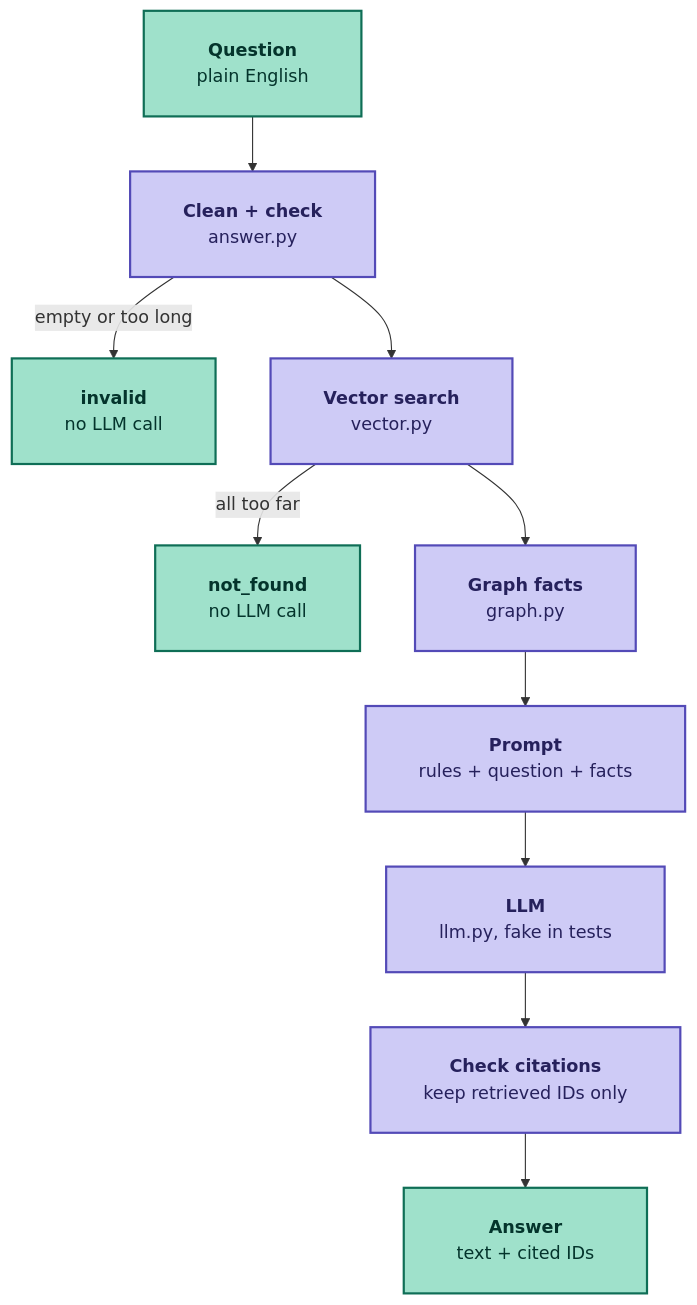
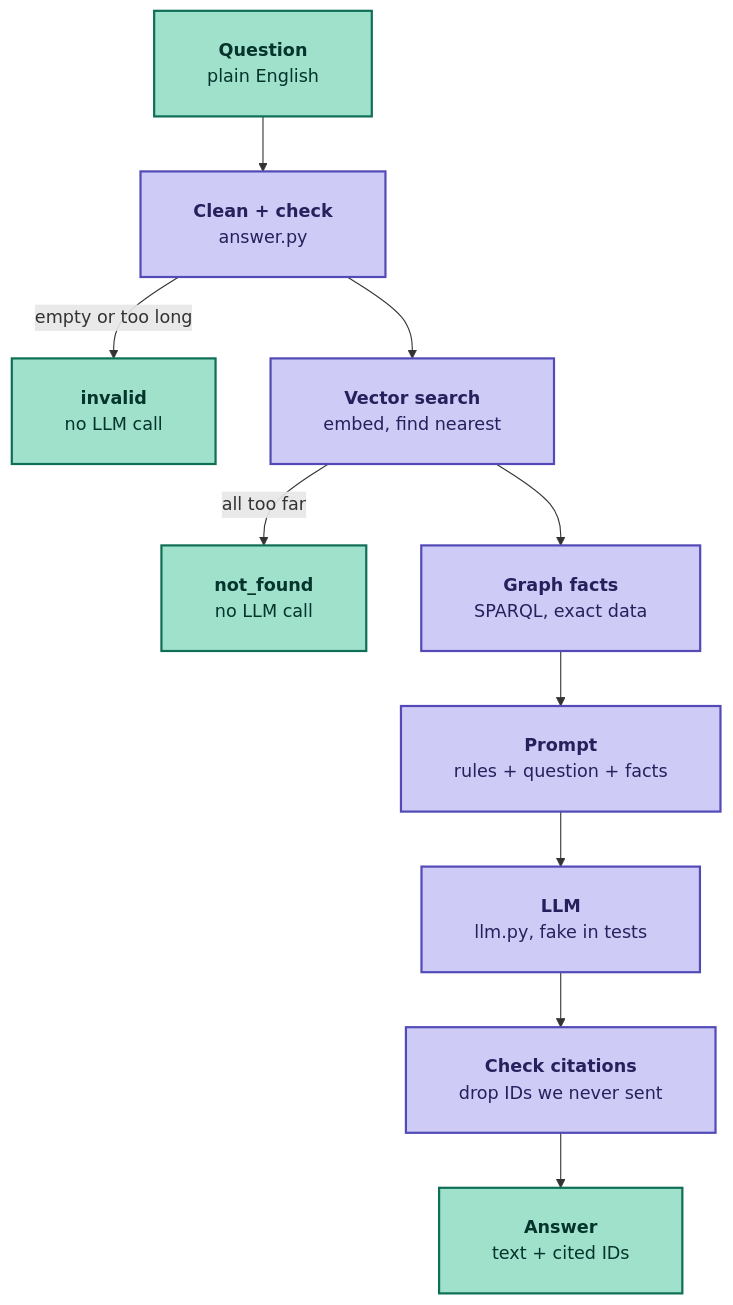
One commit to jbb-codes/attack-graph-rag changed the diagram in docs/learning/issue-05-ask-pipeline.md. Above: the diagram before and after it, drawn with Mermaid. The commit also changed other lines of this file and 1 other file, not shown here.

````diff
--- a/docs/learning/issue-05-ask-pipeline.md
+++ b/docs/learning/issue-05-ask-pipeline.md
@@ -14,32 +14,32 @@
 ```mermaid
 ---
 config:
   flowchart:
     padding: 24
     wrappingWidth: 300
 ---
 flowchart TD
   Q["`**Question**
   plain English`"] --> C["`**Clean + check**
   answer.py`"]
   C -->|empty or too long| X["`**invalid**
   no LLM call`"]
   C --> S["`**Vector search**
-  vector.py`"]
+  embed, find nearest`"]
   S -->|all too far| N["`**not_found**
   no LLM call`"]
   S --> G["`**Graph facts**
-  graph.py`"]
+  SPARQL, exact data`"]
   G --> P["`**Prompt**
   rules + question + facts`"]
   P --> L["`**LLM**
   llm.py, fake in tests`"]
   L --> V["`**Check citations**
-  keep retrieved IDs only`"]
+  drop IDs we never sent`"]
   V --> A["`**Answer**
   text + cited IDs`"]
   classDef data fill:#9FE1CB,stroke:#0F6E56,stroke-width:2px,color:#04342C
   classDef code fill:#CECBF6,stroke:#534AB7,stroke-width:2px,color:#26215C
   class Q,X,N,A data
   class C,S,G,P,L,V code
 ```
````
